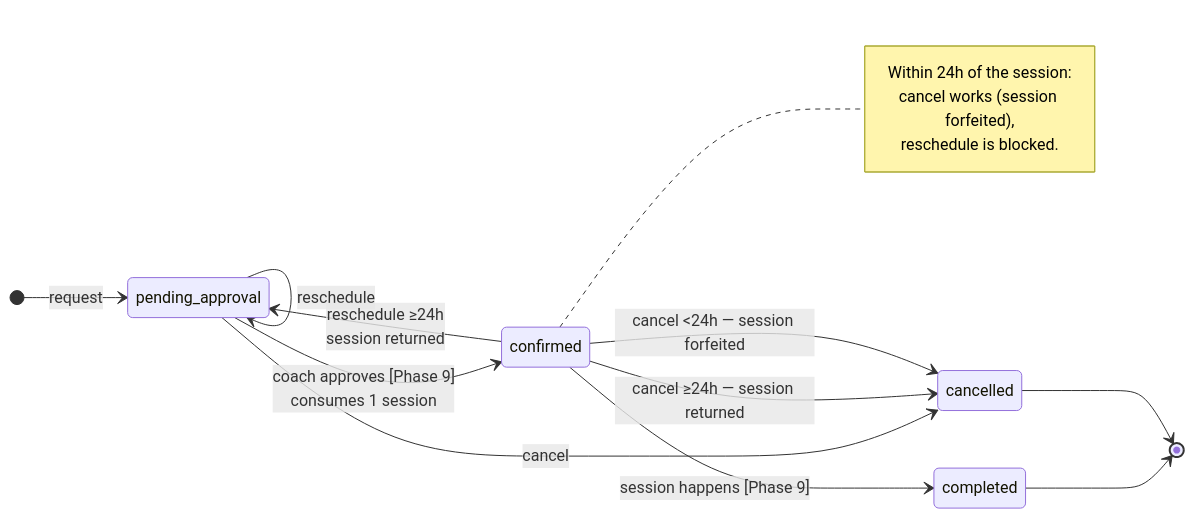
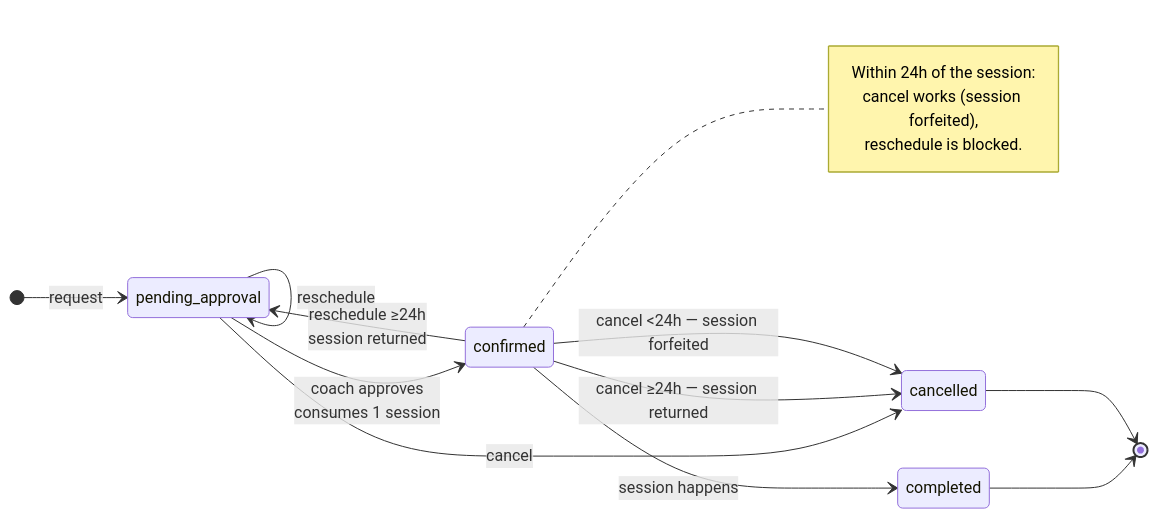
One commit to adidoesnt/bwh-monorepo changed the first of 2 diagrams in apps/booking-portal/docs/BOOKING-LIFECYCLE.md. Above: the diagram before and after it, drawn with Mermaid. The commit also changed other lines of this file and 61 other files, not shown here.

````diff
--- a/apps/booking-portal/docs/BOOKING-LIFECYCLE.md
+++ b/apps/booking-portal/docs/BOOKING-LIFECYCLE.md
@@ -24,25 +15,25 @@
 ```mermaid
 stateDiagram-v2
     direction LR
 
     [*] --> pending_approval: request
 
-    pending_approval --> confirmed: coach approves [Phase 9]<br/>consumes 1 session
-    confirmed --> completed: session happens [Phase 9]
+    pending_approval --> confirmed: coach approves<br/>consumes 1 session
+    confirmed --> completed: session happens
 
     pending_approval --> pending_approval: reschedule
     confirmed --> pending_approval: reschedule ≥24h<br/>session returned
 
     pending_approval --> cancelled: cancel
     confirmed --> cancelled: cancel ≥24h — session returned
     confirmed --> cancelled: cancel <24h — session forfeited
 
     completed --> [*]
     cancelled --> [*]
 
     note right of confirmed
         Within 24h of the session:
         cancel works (session forfeited),
         reschedule is blocked.
     end note
 ```
````
